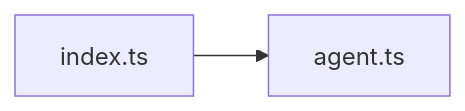
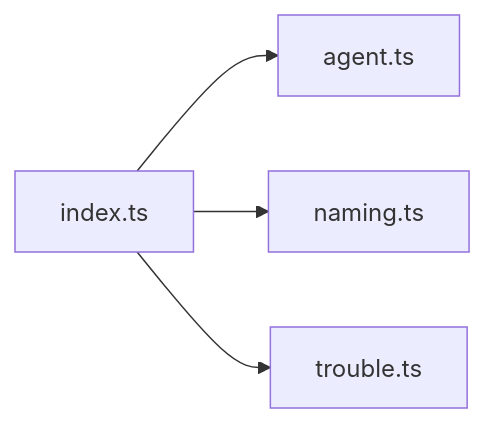
The second of 4 diagrams in docs/dependencies.md (jiva-studio/numen), drawn with Mermaid before and after one commit. The commit also changed other lines of this file, not shown here.

````diff
--- a/docs/dependencies.md
+++ b/docs/dependencies.md
@@ -165,7 +165,11 @@
 ```mermaid
 flowchart LR
 
 0["agent.ts"]
 1["index.ts"]
+2["naming.ts"]
+3["trouble.ts"]
 1-->0
+1-->2
+1-->3
 ```
````
